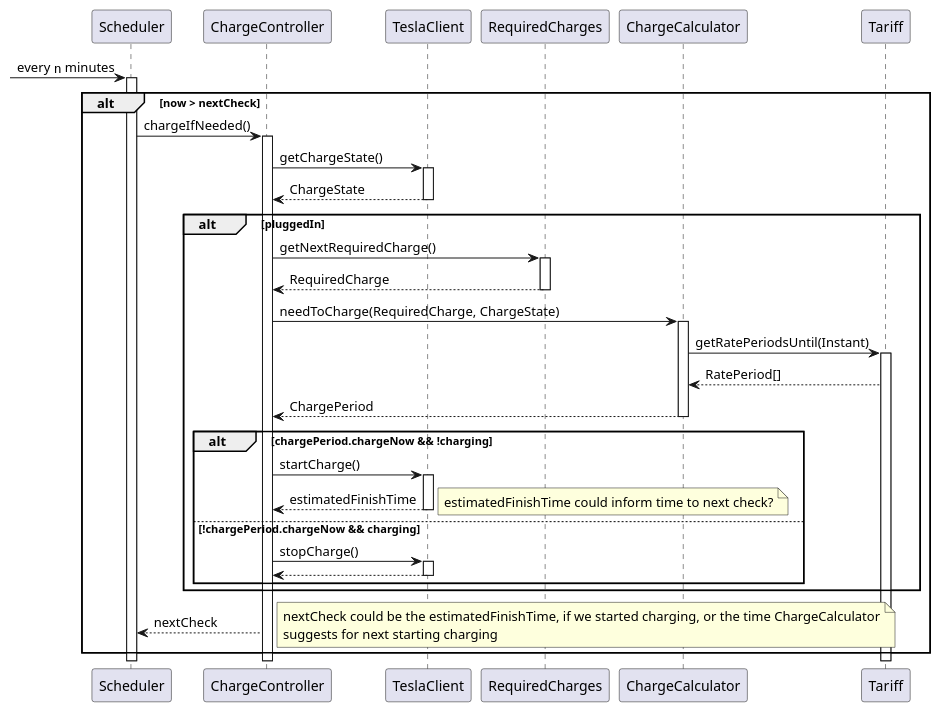
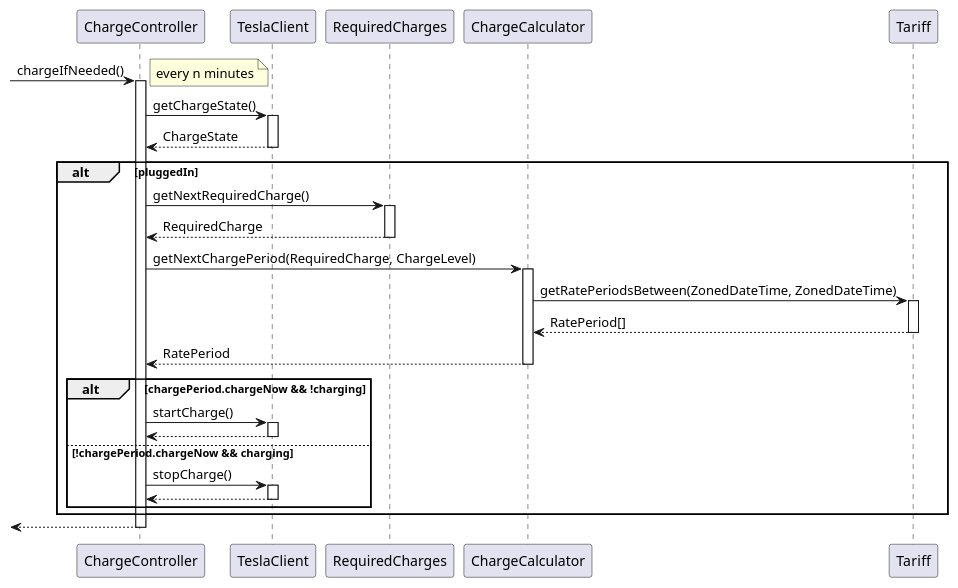
Before and after one commit to Cyanelix/clever-charger: the diagram in design/sequence-diagrams/charging-sequence.puml, drawn with PlantUML. The commit also changed 17 other files, not shown here.

Commit message:
Implement design from sequence diagram

```diff
--- a/design/sequence-diagrams/charging-sequence.puml
+++ b/design/sequence-diagrams/charging-sequence.puml
@@ -1,47 +1,43 @@
 @startuml
-[-> Scheduler: every ""n"" minutes
-activate Scheduler
+[-> ChargeController: chargeIfNeeded()
+activate ChargeController
+note right: every n minutes
 
-alt now > nextCheck
-    Scheduler -> ChargeController: chargeIfNeeded()
-    activate ChargeController
+ChargeController -> TeslaClient: getChargeState()
+activate TeslaClient
+ChargeController <-- TeslaClient: ChargeState
+deactivate TeslaClient
 
-    ChargeController -> TeslaClient: getChargeState()
-    activate TeslaClient
-    ChargeController <-- TeslaClient: ChargeState
-    deactivate TeslaClient
+alt pluggedIn
+    ChargeController -> RequiredCharges: getNextRequiredCharge()
+    activate RequiredCharges
+    ChargeController <-- RequiredCharges: RequiredCharge
+    deactivate RequiredCharges
 
-    alt pluggedIn
-        ChargeController -> RequiredCharges: getNextRequiredCharge()
-        activate RequiredCharges
-        ChargeController <-- RequiredCharges: RequiredCharge
-        deactivate RequiredCharges
+    ChargeController -> ChargeCalculator: getNextChargePeriod(RequiredCharge, ChargeLevel)
+    activate ChargeCalculator
 
-        ChargeController -> ChargeCalculator: needToCharge(RequiredCharge, ChargeState)
-        activate ChargeCalculator
+    ChargeCalculator -> Tariff: getRatePeriodsBetween(ZonedDateTime, ZonedDateTime)
+    activate Tariff
+    ChargeCalculator <-- Tariff: RatePeriod[]
+    deactivate Tariff
 
-        ChargeCalculator -> Tariff: getRatePeriodsUntil(Instant)
-        activate Tariff
-        ChargeCalculator <-- Tariff: RatePeriod[]
+    ChargeController <-- ChargeCalculator: RatePeriod
+    deactivate ChargeCalculator
 
-        ChargeController <-- ChargeCalculator: ChargePeriod
-        deactivate ChargeCalculator
+    alt chargePeriod.chargeNow && !charging
+        ChargeController -> TeslaClient: startCharge()
+        activate TeslaClient
+        ChargeController <-- TeslaClient
+        deactivate TeslaClient
+    else !chargePeriod.chargeNow && charging
+        ChargeController -> TeslaClient: stopCharge()
+        activate TeslaClient
+        ChargeController <-- TeslaClient
+        deactivate TeslaClient
+    end
+end
 
-        alt chargePeriod.chargeNow && !charging
-            ChargeController -> TeslaClient: startCharge()
-            activate TeslaClient
-            ChargeController <-- TeslaClient: estimatedFinishTime
-            note right: estimatedFinishTime could inform time to next check?
-            deactivate TeslaClient
-        else !chargePeriod.chargeNow && charging
-            ChargeController -> TeslaClient: stopCharge()
-            activate TeslaClient
-            ChargeController <-- TeslaClient
-            deactivate TeslaClient
-        end
-    end
-
-    Scheduler <-- ChargeController: nextCheck
-    note right: nextCheck could be the estimatedFinishTime, if we started charging, or the time ChargeCalculator\nsuggests for next starting charging
-end
+[<-- ChargeController
+deactivate ChargeController
 @enduml
```
